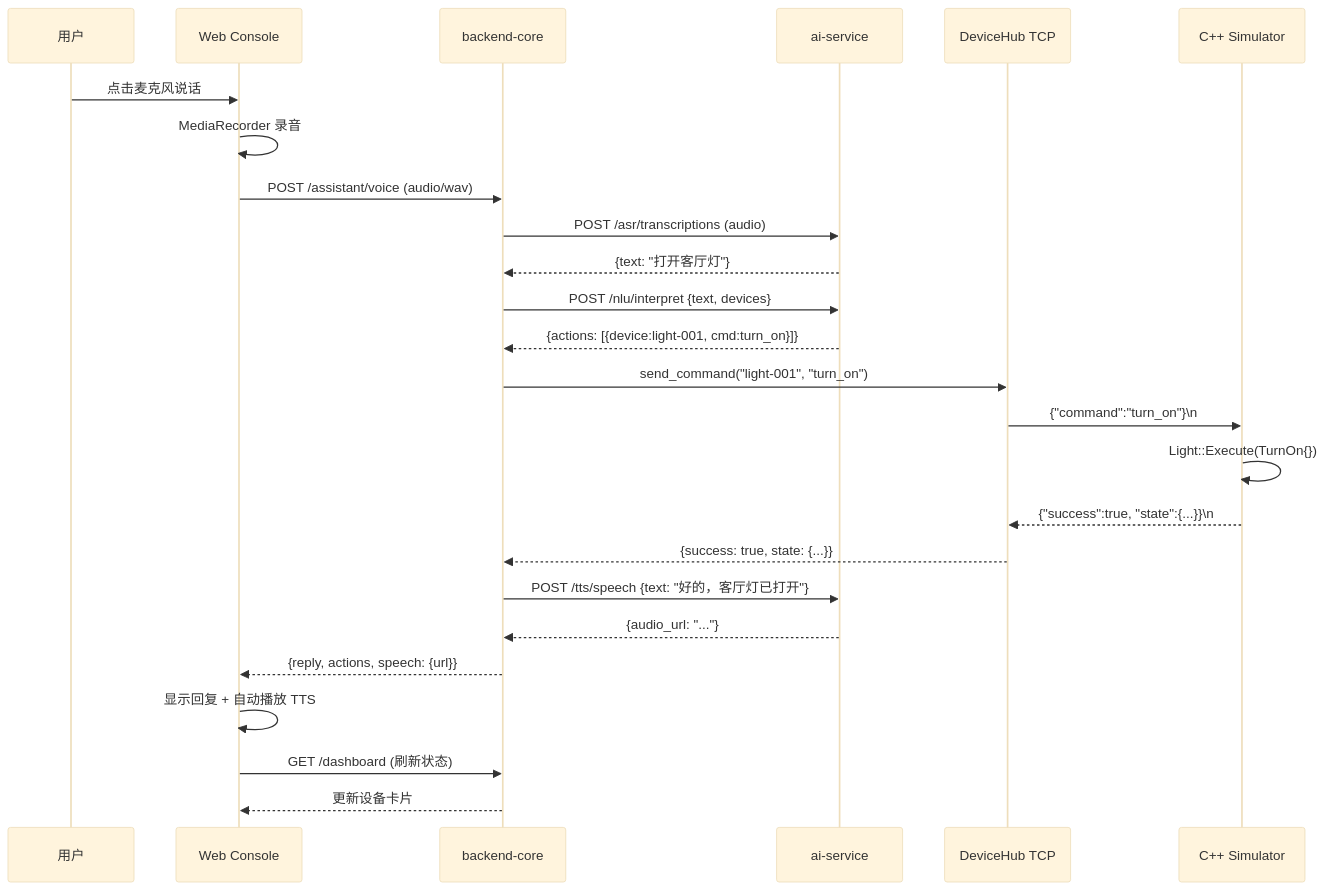
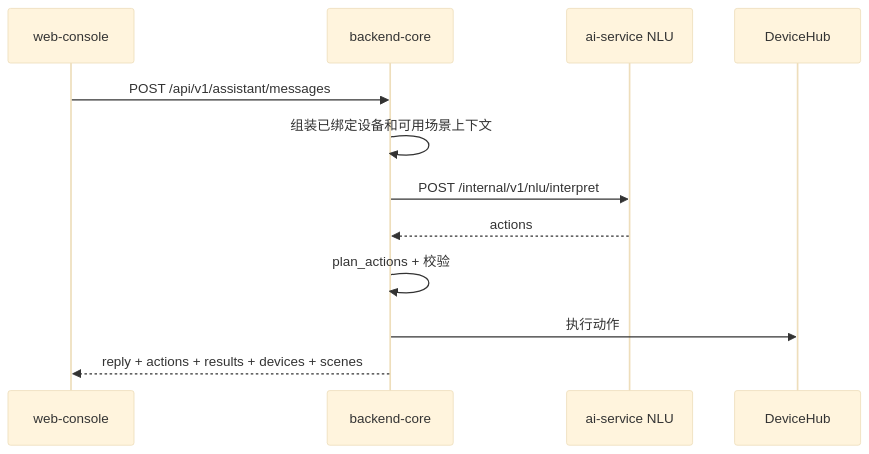
The fourth of 4 diagrams in software_design.md (DarksideWanderer/Software-Project), drawn with Mermaid (base theme) before and after one commit. The commit also changed other lines of this file and 1 other file, not shown here.

````diff
--- a/software_design.md
+++ b/software_design.md
@@ -563,28 +496,15 @@
 ```mermaid
 sequenceDiagram
-    participant User as 用户
-    participant UI as Web Console
+    participant FE as web-console
     participant BE as backend-core
-    participant AI as ai-service
-    participant Hub as DeviceHub TCP
-    participant Dev as C++ Simulator
+    participant AI as ai-service NLU
+    participant H as DeviceHub
 
-    User->>UI: 点击麦克风说话
-    UI->>UI: MediaRecorder 录音
-    UI->>BE: POST /assistant/voice (audio/wav)
-    BE->>AI: POST /asr/transcriptions (audio)
-    AI-->>BE: {text: "打开客厅灯"}
-    BE->>AI: POST /nlu/interpret {text, devices}
-    AI-->>BE: {actions: [{device:light-001, cmd:turn_on}]}
-    BE->>Hub: send_command("light-001", "turn_on")
-    Hub->>Dev: {"command":"turn_on"}\n
-    Dev->>Dev: Light::Execute(TurnOn{})
-    Dev-->>Hub: {"success":true, "state":{...}}\n
-    Hub-->>BE: {success: true, state: {...}}
-    BE->>AI: POST /tts/speech {text: "好的，客厅灯已打开"}
-    AI-->>BE: {audio_url: "..."}
-    BE-->>UI: {reply, actions, speech: {url}}
-    UI->>UI: 显示回复 + 自动播放 TTS
-    UI->>BE: GET /dashboard (刷新状态)
-    BE-->>UI: 更新设备卡片
+    FE->>BE: POST /api/v1/assistant/messages
+    BE->>BE: 组装已绑定设备和可用场景上下文
+    BE->>AI: POST /internal/v1/nlu/interpret
+    AI-->>BE: actions
+    BE->>BE: plan_actions + 校验
+    BE->>H: 执行动作
+    BE-->>FE: reply + actions + results + devices + scenes
 ```
````
